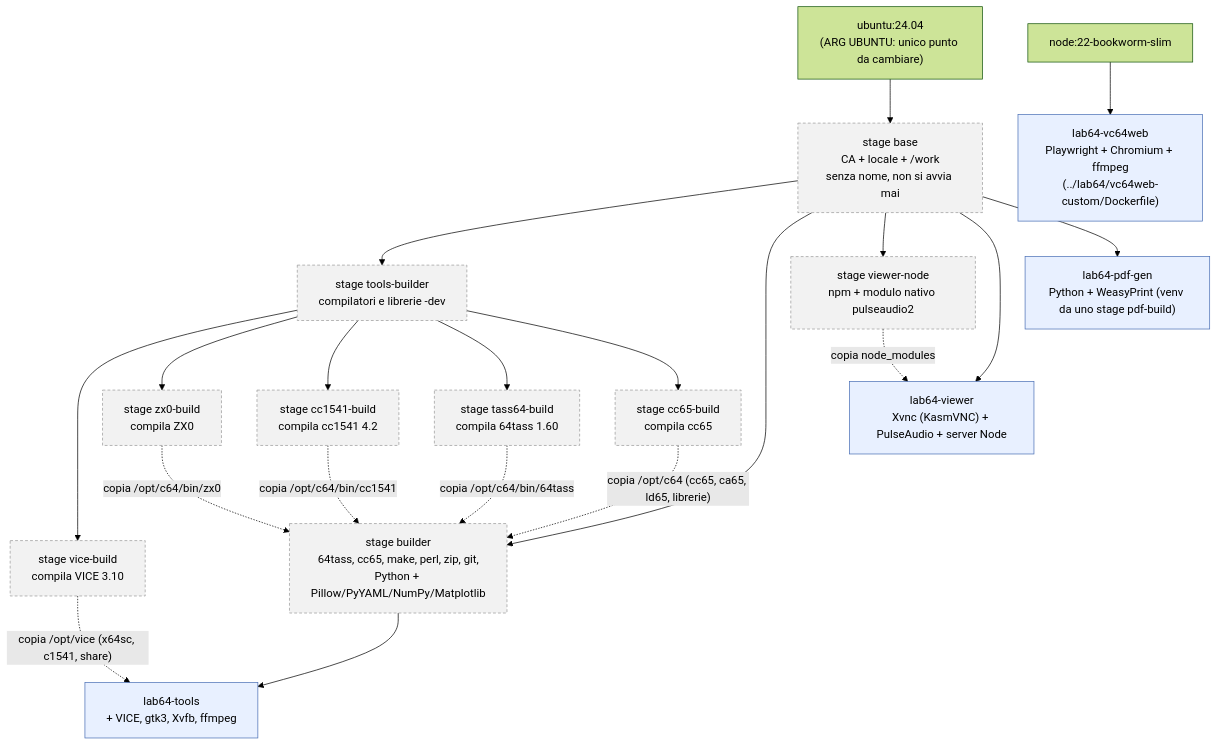
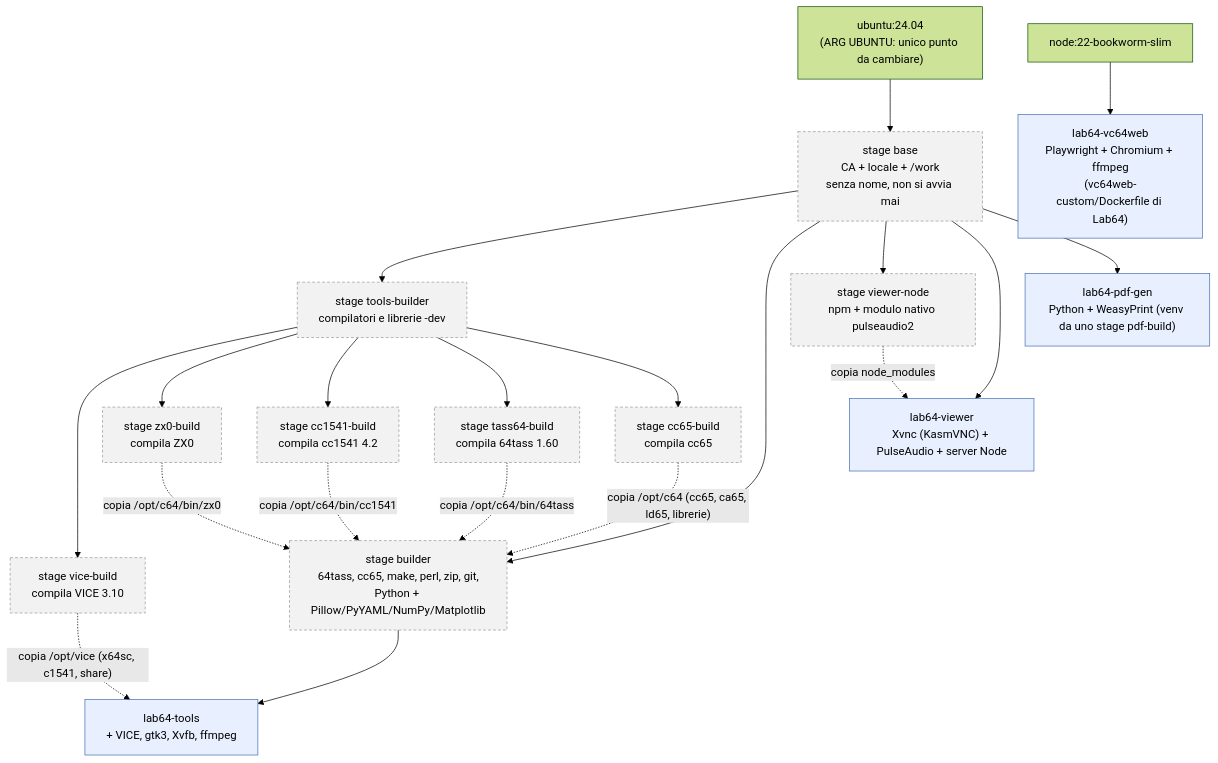
Before and after one commit to caporalesimone/barbarian-the-blood-path: the first of 3 diagrams in docs/docker-architecture.md, drawn with Mermaid (forest theme). The commit also changed other lines of this file and 78 other files, not shown here.

````diff
--- a/docs/docker-architecture.md
+++ b/docs/docker-architecture.md
@@ -28,35 +28,35 @@
 ```mermaid
 flowchart TD
     UB["ubuntu:24.04<br/>(ARG UBUNTU: unico punto da cambiare)"] --> BASE["stage base<br/>CA + locale + /work<br/>senza nome, non si avvia mai"]
 
     BASE --> TB["stage tools-builder<br/>compilatori e librerie -dev"]
     TB --> VB["stage vice-build<br/>compila VICE 3.10"]
     TB --> ZB["stage zx0-build<br/>compila ZX0"]
     TB --> CB["stage cc1541-build<br/>compila cc1541 4.2"]
     TB --> T64["stage tass64-build<br/>compila 64tass 1.60"]
     TB --> C65["stage cc65-build<br/>compila cc65"]
 
     BASE --> BLD["stage builder<br/>64tass, cc65, make, perl, zip, git,<br/>Python + Pillow/PyYAML/NumPy/Matplotlib"]
     ZB -. "copia /opt/c64/bin/zx0" .-> BLD
     CB -. "copia /opt/c64/bin/cc1541" .-> BLD
     T64 -. "copia /opt/c64/bin/64tass" .-> BLD
     C65 -. "copia /opt/c64 (cc65, ca65, ld65, librerie)" .-> BLD
 
     BLD --> EVICE["lab64-tools<br/>+ VICE, gtk3, Xvfb, ffmpeg"]
     VB -. "copia /opt/vice (x64sc, c1541, share)" .-> EVICE
 
     BASE --> VN["stage viewer-node<br/>npm + modulo nativo pulseaudio2"]
     BASE --> VW["lab64-viewer<br/>Xvnc (KasmVNC) + PulseAudio + server Node"]
     VN -. "copia node_modules" .-> VW
 
     BASE --> MAN["lab64-pdf-gen<br/>Python + WeasyPrint (venv da uno stage pdf-build)"]
 
-    NODE["node:22-bookworm-slim"] --> VC["lab64-vc64web<br/>Playwright + Chromium + ffmpeg<br/>(../lab64/vc64web-custom/Dockerfile)"]
+    NODE["node:22-bookworm-slim"] --> VC["lab64-vc64web<br/>Playwright + Chromium + ffmpeg<br/>(vc64web-custom/Dockerfile di Lab64)"]
 
     classDef gen fill:#e8f0ff,stroke:#4a6fb5;
     classDef game fill:#fff0e0,stroke:#b5834a;
     classDef stage fill:#f2f2f2,stroke:#999,stroke-dasharray:4 3;
     class EVICE,VW,VC gen;
     class MAN gen;
     class BASE,TB,VB,ZB,CB,T64,C65,VN,BLD stage;
 ```
````
